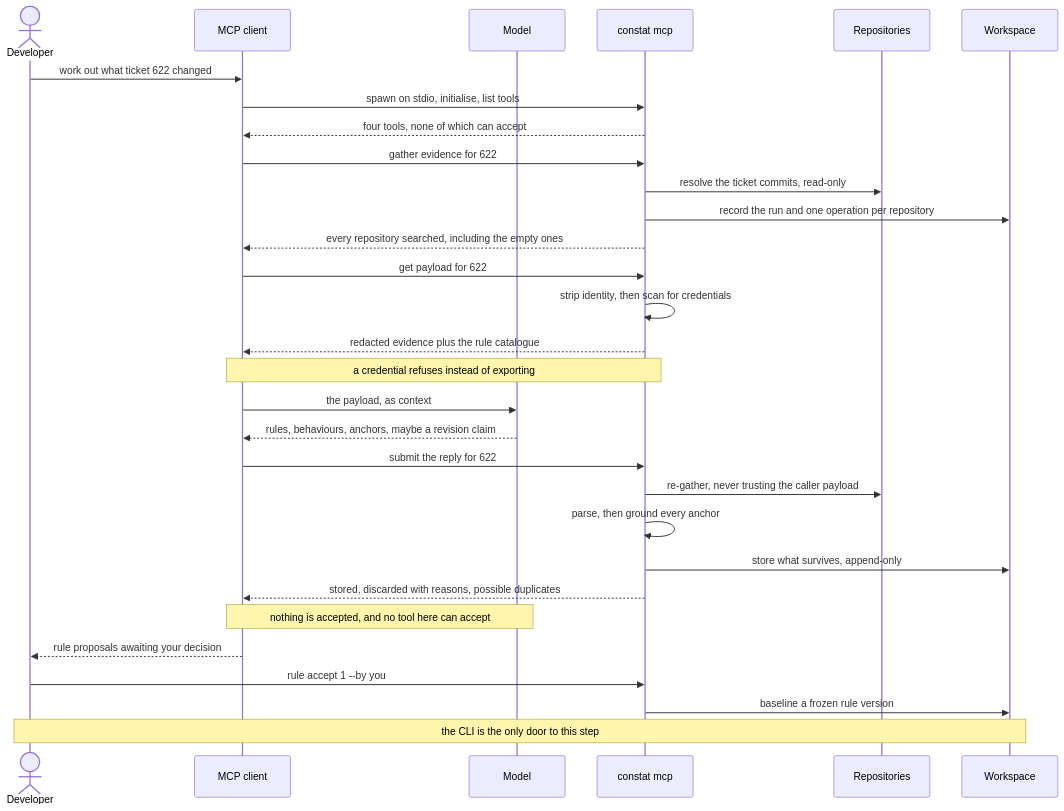
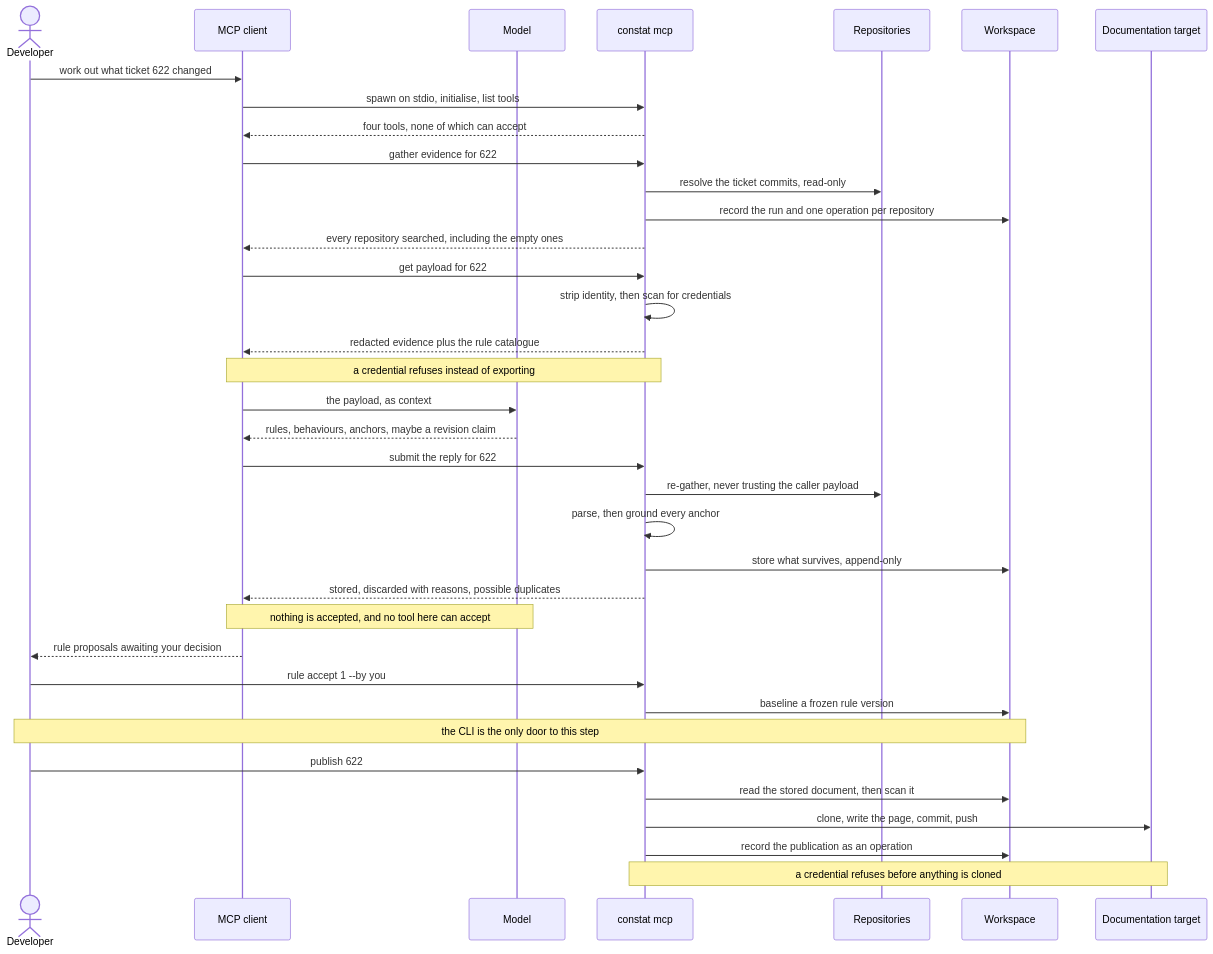
One commit to padjis/claudine changed the second of 3 diagrams in ARCHITECTURE.md. Above: the diagram before and after it, drawn with Mermaid. The commit also changed other lines of this file and 14 other files, not shown here.

````diff
--- a/ARCHITECTURE.md
+++ b/ARCHITECTURE.md
@@ -100,39 +107,46 @@
 ```mermaid
 sequenceDiagram
     actor Dev as Developer
     participant Host as MCP client
     participant Model
     participant Constat as constat mcp
     participant Repos as Repositories
     participant Store as Workspace
+    participant Pages as Documentation target
 
     Dev->>Host: work out what ticket 622 changed
     Host->>Constat: spawn on stdio, initialise, list tools
     Constat-->>Host: four tools, none of which can accept
 
     Host->>Constat: gather evidence for 622
     Constat->>Repos: resolve the ticket commits, read-only
     Constat->>Store: record the run and one operation per repository
     Constat-->>Host: every repository searched, including the empty ones
 
     Host->>Constat: get payload for 622
     Constat->>Constat: strip identity, then scan for credentials
     Constat-->>Host: redacted evidence plus the rule catalogue
     Note over Constat,Host: a credential refuses instead of exporting
 
     Host->>Model: the payload, as context
     Model-->>Host: rules, behaviours, anchors, maybe a revision claim
 
     Host->>Constat: submit the reply for 622
     Constat->>Repos: re-gather, never trusting the caller payload
     Constat->>Constat: parse, then ground every anchor
     Constat->>Store: store what survives, append-only
     Constat-->>Host: stored, discarded with reasons, possible duplicates
     Note over Host,Model: nothing is accepted, and no tool here can accept
 
     Host-->>Dev: rule proposals awaiting your decision
 
     Dev->>Constat: rule accept 1 --by you
     Constat->>Store: baseline a frozen rule version
     Note over Dev,Store: the CLI is the only door to this step
+
+    Dev->>Constat: publish 622
+    Constat->>Store: read the stored document, then scan it
+    Constat->>Pages: clone, write the page, commit, push
+    Constat->>Store: record the publication as an operation
+    Note over Constat,Pages: a credential refuses before anything is cloned
 ```
````
